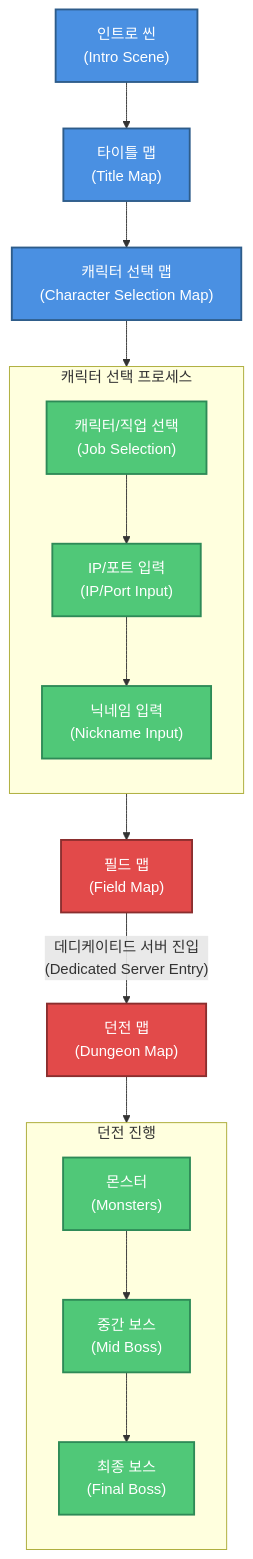
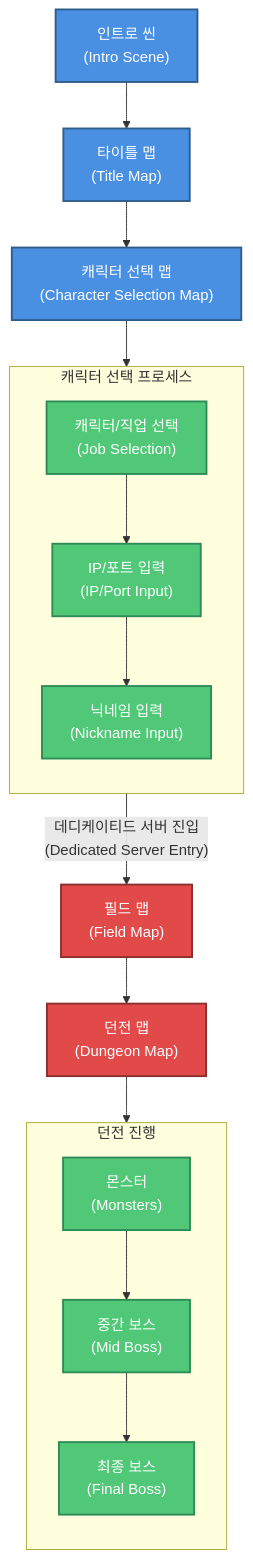
The first of 8 diagrams in README.md (gksmssla82/ODIN-VALHALRARISING-Dedicated), drawn with Mermaid before and after one commit.

Commit message:
ㅇㅇ
ㅇㅇ

````diff
--- a/README.md
+++ b/README.md
@@ -78,50 +78,50 @@
 ```mermaid
 flowchart TD
     %% 노드 정의
     Intro["인트로 씬<br/>(Intro Scene)"]
     Title["타이틀 맵<br/>(Title Map)"]
     CharSelect["캐릭터 선택 맵<br/>(Character Selection Map)"]
     Field["필드 맵<br/>(Field Map)"]
     Dungeon["던전 맵<br/>(Dungeon Map)"]
 
     %% 메인 플로우
     Intro --> Title
     Title --> CharSelect
 
     %% 캐릭터 선택 상세
     subgraph CharSelectDetails ["캐릭터 선택 프로세스"]
         direction TB
         JobSel["캐릭터/직업 선택<br/>(Job Selection)"]
         IPInput["IP/포트 입력<br/>(IP/Port Input)"]
         NickInput["닉네임 입력<br/>(Nickname Input)"]
         
         JobSel --> IPInput --> NickInput
     end
     
     CharSelect --> JobSel
-    NickInput --> Field
+    NickInput -- "데디케이티드 서버 진입<br/>(Dedicated Server Entry)" --> Field
 
-    %% 데디케이티드 서버 진입
-    Field -- "데디케이티드 서버 진입<br/>(Dedicated Server Entry)" --> Dungeon
+    %% 필드에서 던전으로
+    Field --> Dungeon
 
     %% 던전 진행 상세
     subgraph DungeonDetails ["던전 진행"]
         direction TB
         Monsters["몬스터<br/>(Monsters)"]
         MidBoss["중간 보스<br/>(Mid Boss)"]
         Boss["최종 보스<br/>(Final Boss)"]
         
         Monsters --> MidBoss --> Boss
     end
     
     Dungeon --> Monsters
 
     %% 스타일링
     classDef clientSide fill:#4A90E2,stroke:#2E5C8A,stroke-width:2px,color:#fff
     classDef serverSide fill:#E24A4A,stroke:#8A2E2E,stroke-width:2px,color:#fff
     classDef process fill:#50C878,stroke:#2E8A57,stroke-width:2px,color:#fff
     
     class Intro,Title,CharSelect clientSide
     class Field,Dungeon serverSide
     class JobSel,IPInput,NickInput,Monsters,MidBoss,Boss process
 ```
````
